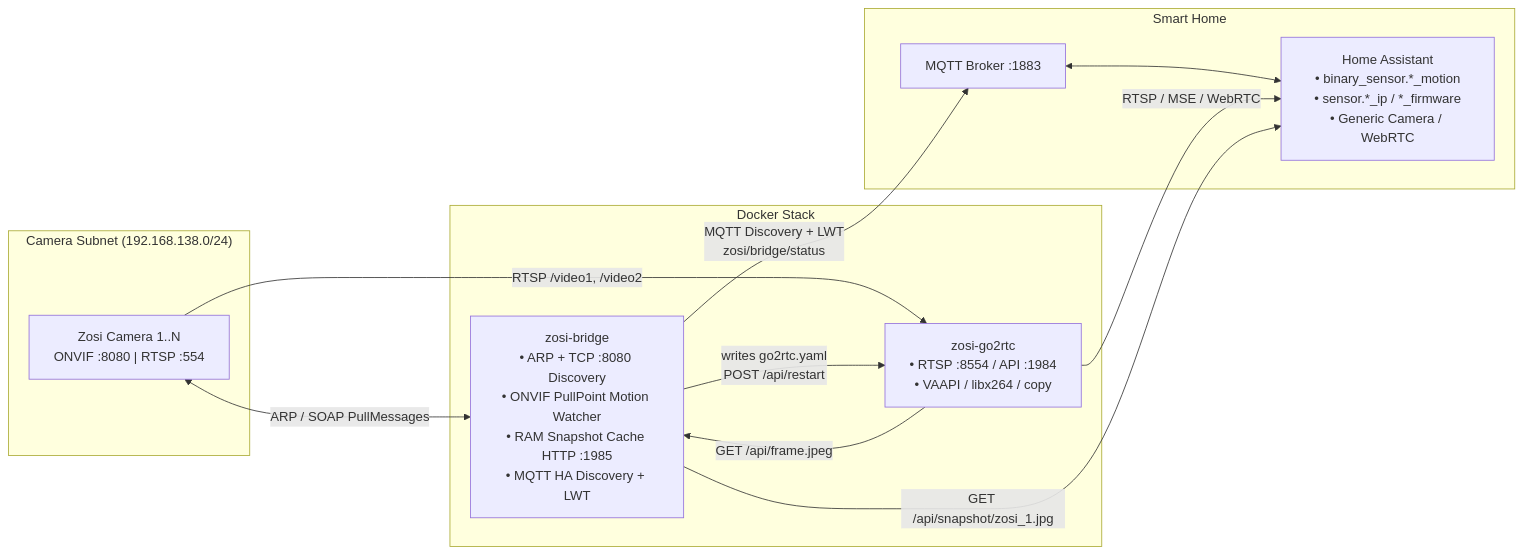
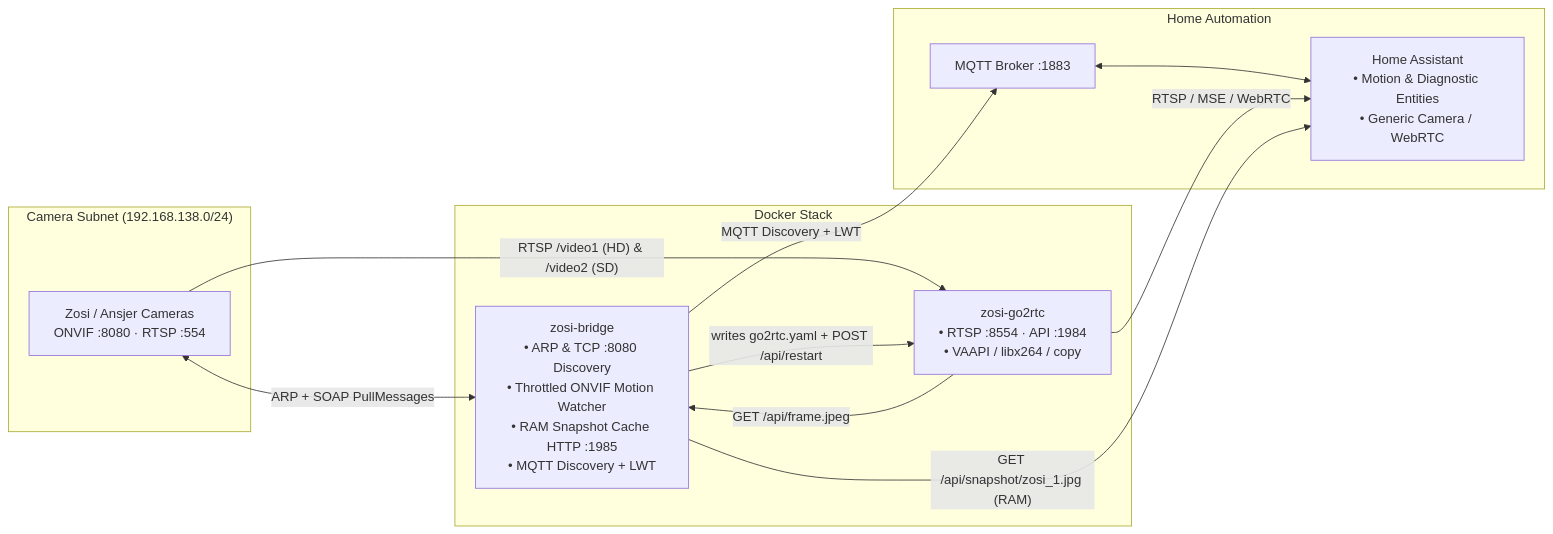
The diagram in README.md (jente509/zosi-ha-bridge), drawn with Mermaid before and after one commit. The commit also changed other lines of this file, not shown here.

````diff
--- a/README.md
+++ b/README.md
@@ -11,25 +46,25 @@
 ```mermaid
 flowchart LR
     subgraph CamNet["Camera Subnet (192.168.138.0/24)"]
-        C1["Zosi Camera 1..N\nONVIF :8080 | RTSP :554"]
+        CAM["Zosi / Ansjer Cameras<br/>ONVIF :8080 · RTSP :554"]
     end
 
     subgraph Stack["Docker Stack"]
-        ZB["zosi-bridge\n• ARP + TCP :8080 Discovery\n• ONVIF PullPoint Motion Watcher\n• RAM Snapshot Cache HTTP :1985\n• MQTT HA Discovery + LWT"]
-        G2["zosi-go2rtc\n• RTSP :8554 / API :1984\n• VAAPI / libx264 / copy"]
+        ZB["zosi-bridge<br/>• ARP & TCP :8080 Discovery<br/>• Throttled ONVIF Motion Watcher<br/>• RAM Snapshot Cache HTTP :1985<br/>• MQTT Discovery + LWT"]
+        G2["zosi-go2rtc<br/>• RTSP :8554 · API :1984<br/>• VAAPI / libx264 / copy"]
     end
 
-    subgraph Home["Smart Home"]
+    subgraph Home["Home Automation"]
         MQTT["MQTT Broker :1883"]
-        HA["Home Assistant\n• binary_sensor.*_motion\n• sensor.*_ip / *_firmware\n• Generic Camera / WebRTC"]
+        HA["Home Assistant<br/>• Motion & Diagnostic Entities<br/>• Generic Camera / WebRTC"]
     end
 
-    C1 <-- "ARP / SOAP PullMessages" --> ZB
-    C1 -- "RTSP /video1, /video2" --> G2
-    ZB -- "writes go2rtc.yaml\nPOST /api/restart" --> G2
+    CAM <-- "ARP + SOAP PullMessages" --> ZB
+    CAM -- "RTSP /video1 (HD) & /video2 (SD)" --> G2
+    ZB -- "writes go2rtc.yaml + POST /api/restart" --> G2
     G2 -- "GET /api/frame.jpeg" --> ZB
-    ZB -- "MQTT Discovery + LWT\nzosi/bridge/status" --> MQTT
+    ZB -- "MQTT Discovery + LWT" --> MQTT
     MQTT <--> HA
     G2 -- "RTSP / MSE / WebRTC" --> HA
-    ZB -- "GET /api/snapshot/zosi_1.jpg" --> HA
+    ZB -- "GET /api/snapshot/zosi_1.jpg (RAM)" --> HA
 ```
````
